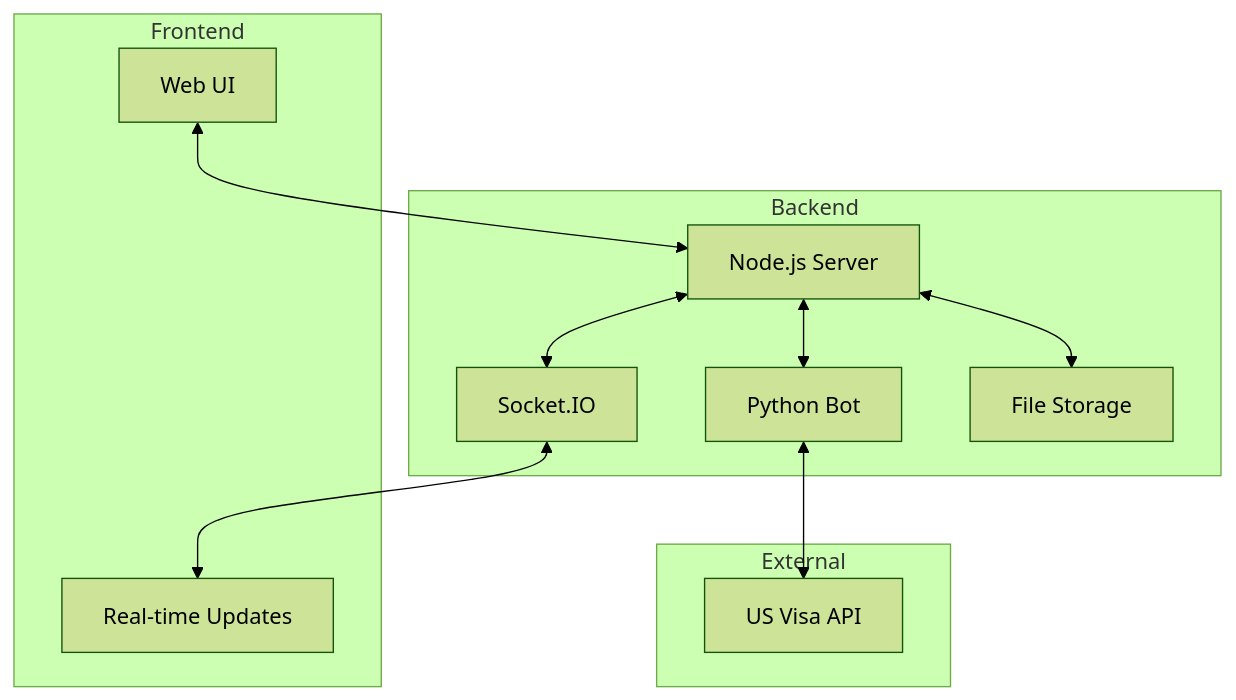
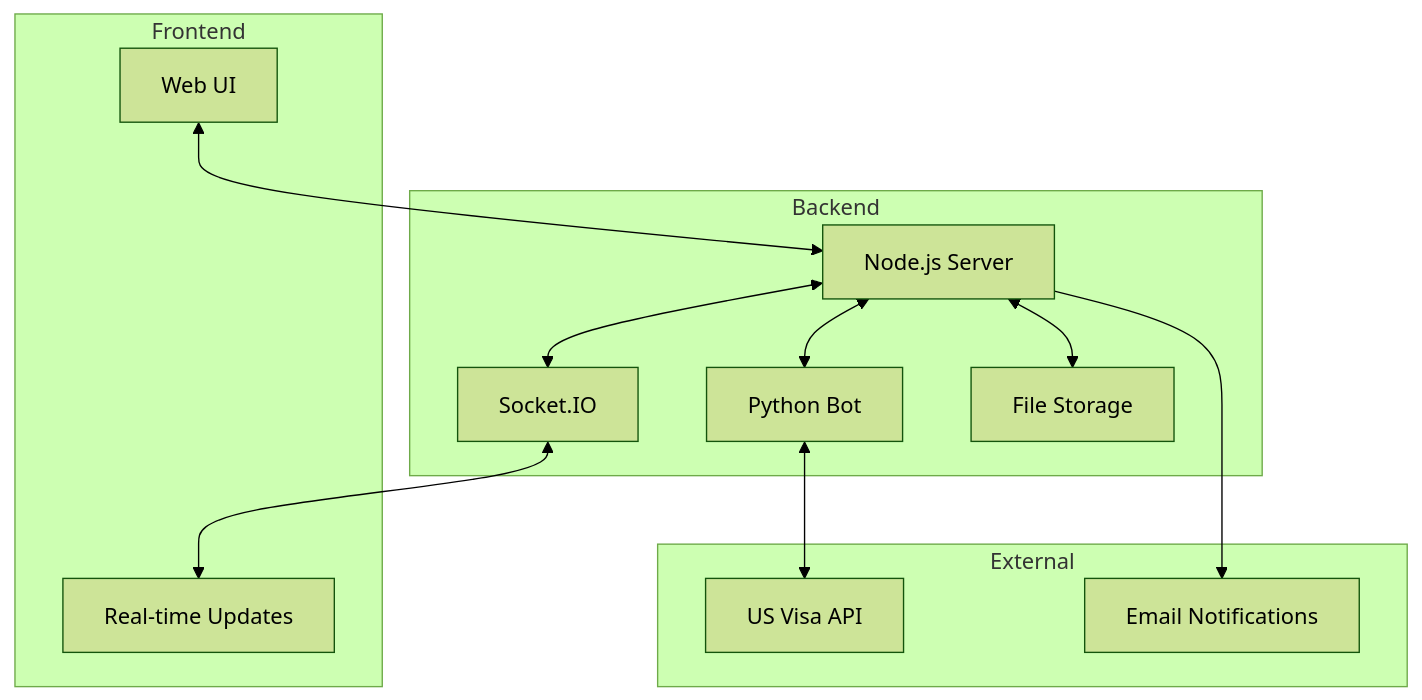
The first of 6 diagrams in docs/DOCUMENTATION.md (jaskaran-online/USA-VISA-Bot), drawn with Mermaid (forest theme) before and after one commit. The commit also changed other lines of this file and 1 other file, not shown here.

````diff
--- a/docs/DOCUMENTATION.md
+++ b/docs/DOCUMENTATION.md
@@ -7,25 +7,27 @@
 ```mermaid
 graph TD
     A[Web UI] <--> B[Node.js Server]
     B <--> C[Socket.IO]
     B <--> D[Python Bot]
     D <--> E[US Visa API]
     B <--> F[File Storage]
     C <--> G[Real-time Updates]
+    B --> H[Email Notifications]
     
     subgraph Frontend
     A
     G
     end
     
     subgraph Backend
     B
     C
     D
     F
     end
     
     subgraph External
     E
+    H
     end
 ```
````
